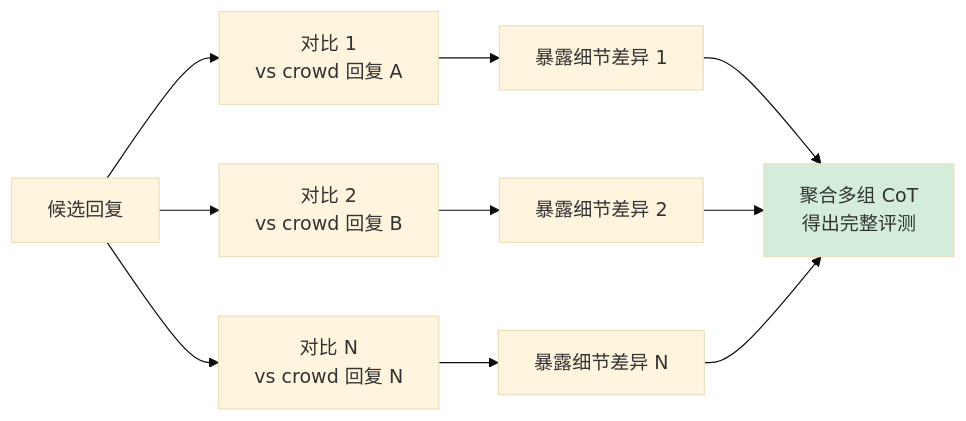
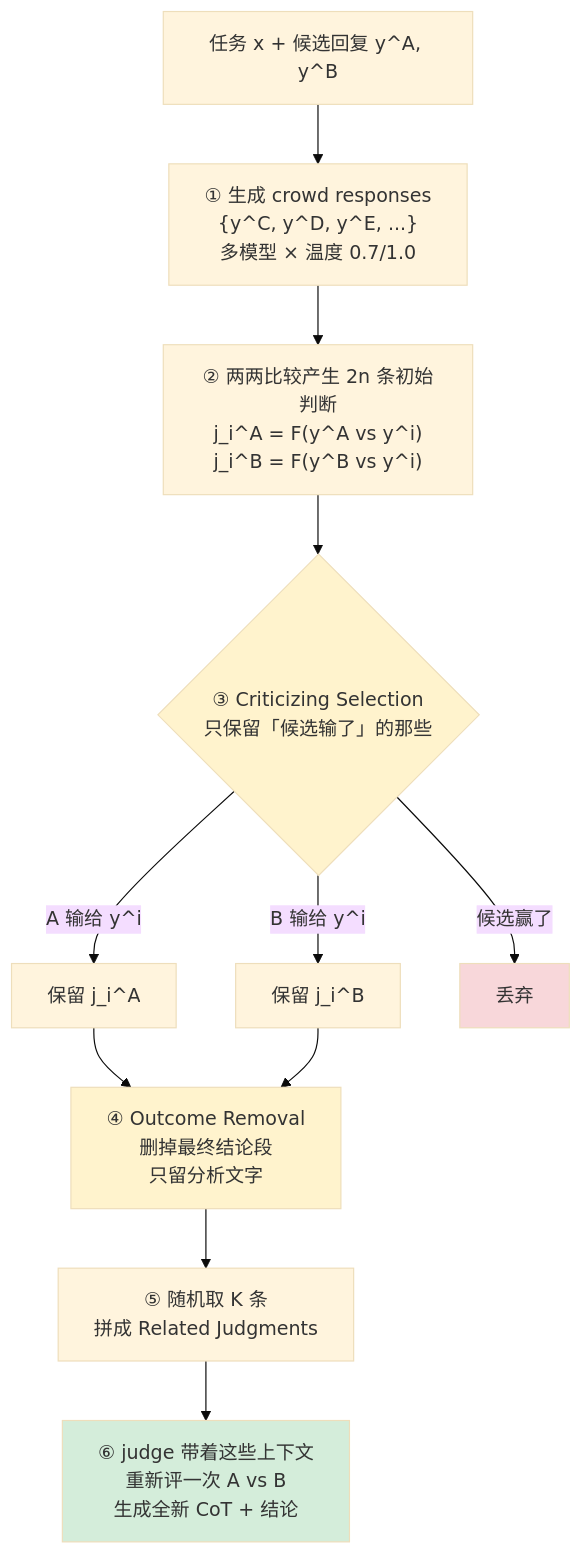
One commit to LiPingjiang/Full-Stack-Knowledge-Book changed diagram 36 of 37 in part7-ai-engineering/12-案例-点富科技大模型数据评测岗.md. Above: the diagram before and after it, drawn with Mermaid (base theme). The commit also changed other lines of this file, not shown here.

First line of the commit message:
docs(part7): 7.12 改写 18.3 CCE——补齐 crowd judgments 的筛选与聚合机制

````diff
--- a/part7-ai-engineering/12-案例-点富科技大模型数据评测岗.md
+++ b/part7-ai-engineering/12-案例-点富科技大模型数据评测岗.md
@@ -4774,12 +4780,18 @@
 ```mermaid
-flowchart LR
-    C["候选回复"] --> P1["对比 1<br/>vs crowd 回复 A"]
-    C --> P2["对比 2<br/>vs crowd 回复 B"]
-    C --> P3["对比 N<br/>vs crowd 回复 N"]
-    P1 --> R1["暴露细节差异 1"]
-    P2 --> R2["暴露细节差异 2"]
-    P3 --> R3["暴露细节差异 N"]
-    R1 & R2 & R3 --> A["聚合多组 CoT<br/>得出完整评测"]
+flowchart TB
+    X["任务 x + 候选回复 y^A, y^B"]
+    X --> G["① 生成 crowd responses<br/>{y^C, y^D, y^E, ...}<br/>多模型 × 温度 0.7/1.0"]
+    G --> J["② 两两比较产生 2n 条初始判断<br/>j_i^A = F(y^A vs y^i)<br/>j_i^B = F(y^B vs y^i)"]
+    J --> S{"③ Criticizing Selection<br/>只保留「候选输了」的那些"}
+    S -->|"A 输给 y^i"| K1["保留 j_i^A"]
+    S -->|"B 输给 y^i"| K2["保留 j_i^B"]
+    S -->|候选赢了| X2["丢弃"]
+    K1 & K2 --> P["④ Outcome Removal<br/>删掉最终结论段<br/>只留分析文字"]
+    P --> R["⑤ 随机取 K 条<br/>拼成 Related Judgments"]
+    R --> F["⑥ judge 带着这些上下文<br/>重新评一次 A vs B<br/>生成全新 CoT + 结论"]
 
-    style A fill:#d4edda
+    style S fill:#fff3cd
+    style P fill:#fff3cd
+    style F fill:#d4edda
+    style X2 fill:#f8d7da
 ```
````
